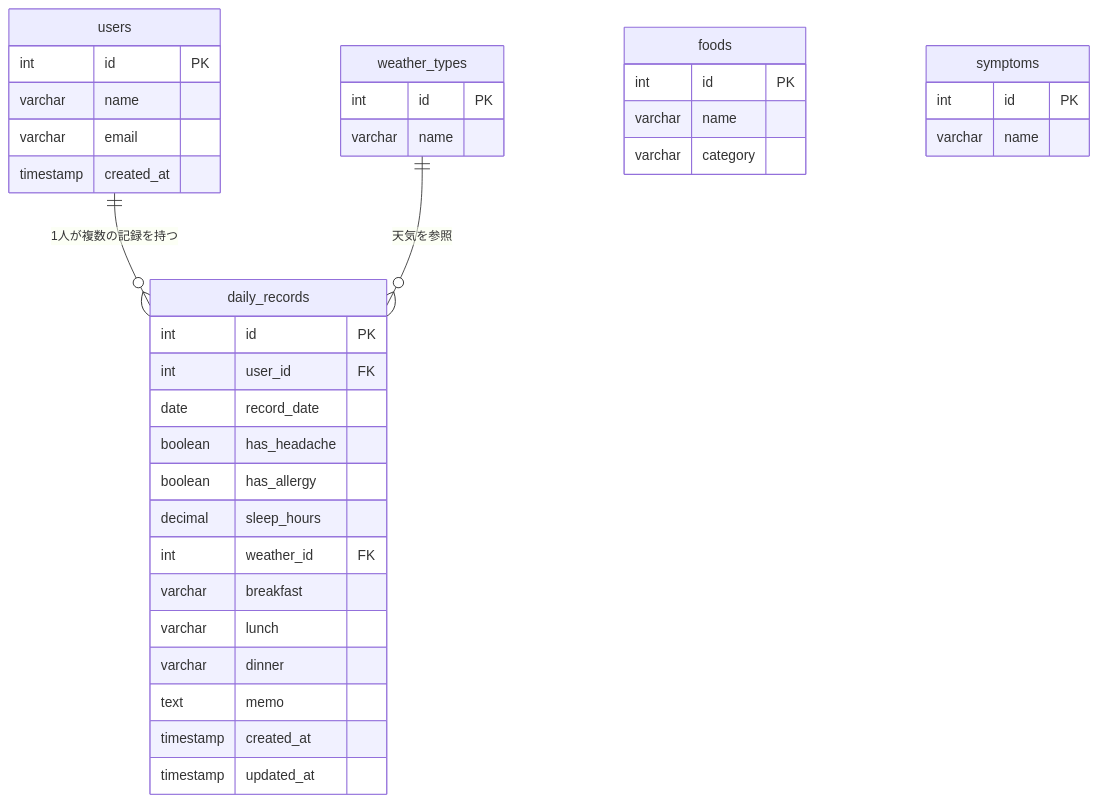
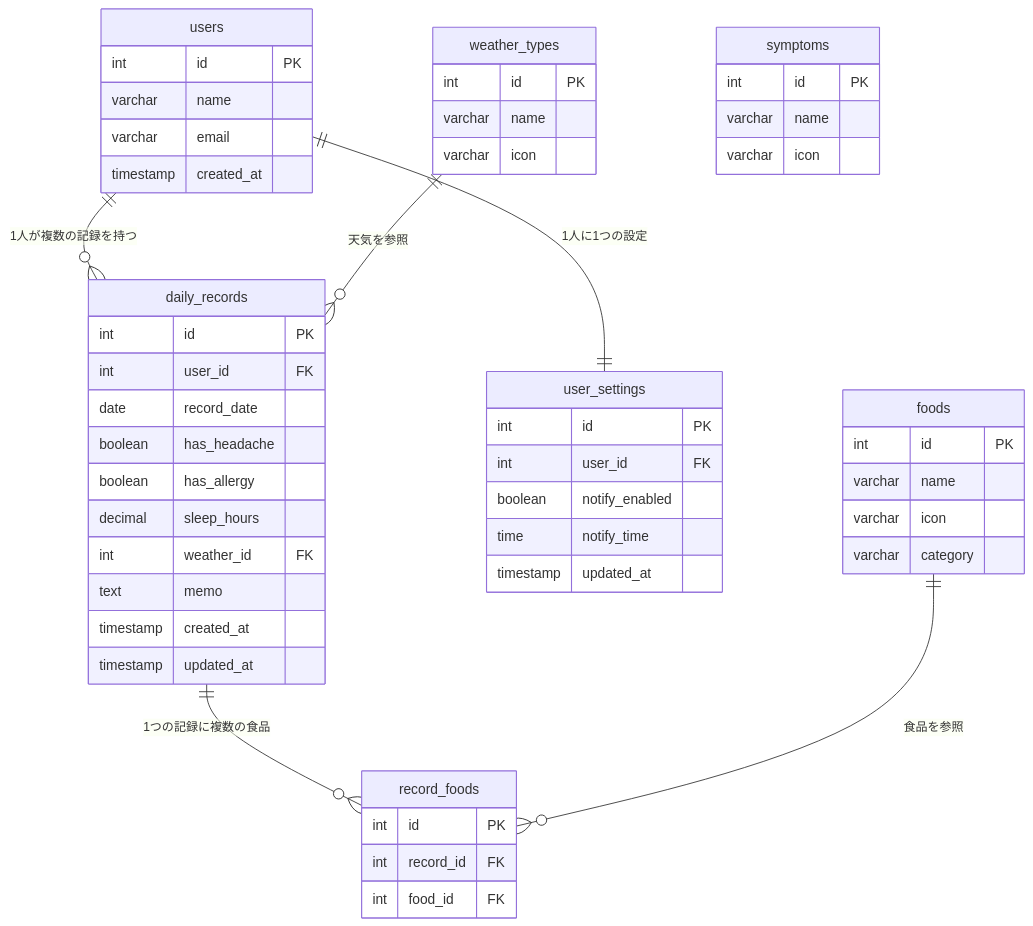
Before and after one commit to Syota622/TriggerSearch: the first of 2 diagrams in document/database/er.md, drawn with Mermaid. The commit also changed other lines of this file and 3 other files, not shown here.

````diff
--- a/document/database/er.md
+++ b/document/database/er.md
@@ -3,44 +5,61 @@
 ```mermaid
 erDiagram
     users ||--o{ daily_records : "1人が複数の記録を持つ"
+    users ||--|| user_settings : "1人に1つの設定"
     weather_types ||--o{ daily_records : "天気を参照"
+    daily_records ||--o{ record_foods : "1つの記録に複数の食品"
+    foods ||--o{ record_foods : "食品を参照"
     
     users {
         int id PK
         varchar name
         varchar email
         timestamp created_at
     }
     
     daily_records {
         int id PK
         int user_id FK
         date record_date
         boolean has_headache
         boolean has_allergy
         decimal sleep_hours
         int weather_id FK
-        varchar breakfast
-        varchar lunch
-        varchar dinner
         text memo
         timestamp created_at
         timestamp updated_at
     }
     
-    weather_types {
+    record_foods {
         int id PK
-        varchar name
+        int record_id FK
+        int food_id FK
     }
     
     foods {
         int id PK
         varchar name
+        varchar icon
         varchar category
+    }
+    
+    weather_types {
+        int id PK
+        varchar name
+        varchar icon
     }
     
     symptoms {
         int id PK
         varchar name
+        varchar icon
+    }
+    
+    user_settings {
+        int id PK
+        int user_id FK
+        boolean notify_enabled
+        time notify_time
+        timestamp updated_at
     }
 ```
````
